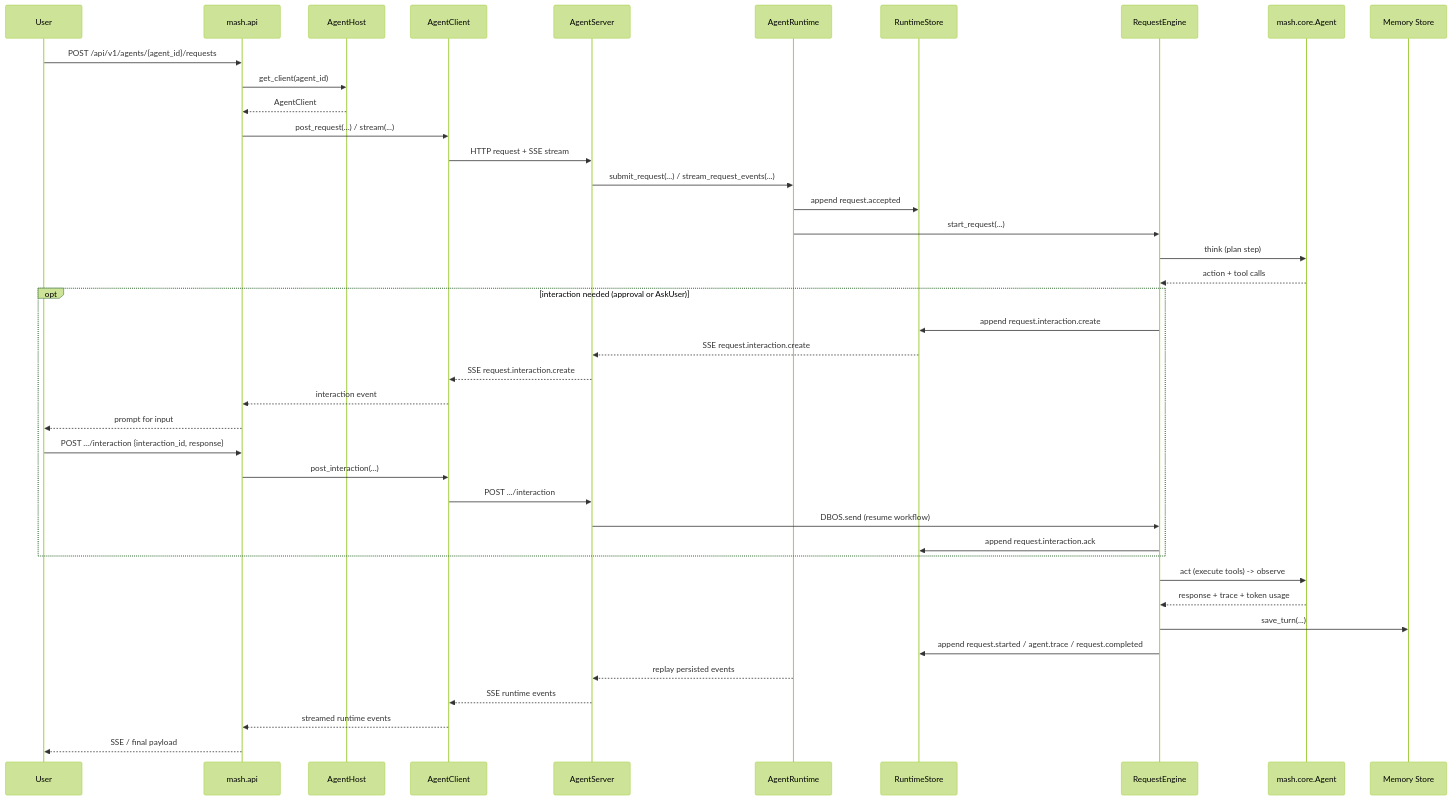
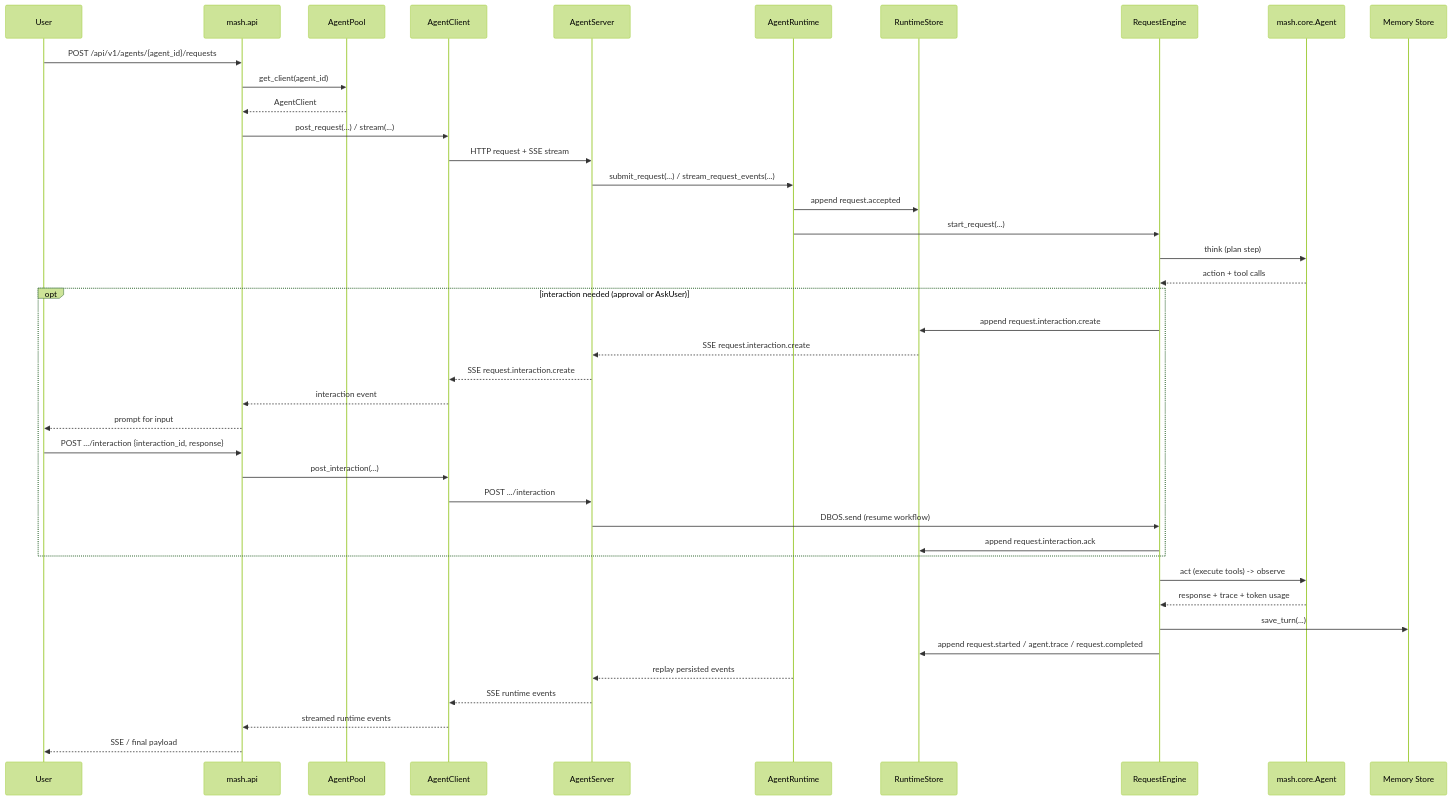
Before and after one commit to imsid/mashpy: the diagram in CONTRIBUTING.md, drawn with Mermaid (forest theme). The commit also changed 70 other files, not shown here.

````diff
--- a/CONTRIBUTING.md
+++ b/CONTRIBUTING.md
@@ -73,46 +73,46 @@
 ```mermaid
 sequenceDiagram
     participant User
     participant API as mash.api
-    participant Host as AgentHost
+    participant Pool as AgentPool
     participant Client as AgentClient
     participant Server as AgentServer
     participant Runtime as AgentRuntime
     participant Events as RuntimeStore
     participant Engine as RequestEngine
     participant Agent as mash.core.Agent
     participant Memory as Memory Store
 
     User->>API: POST /api/v1/agents/{agent_id}/requests
-    API->>Host: get_client(agent_id)
-    Host-->>API: AgentClient
+    API->>Pool: get_client(agent_id)
+    Pool-->>API: AgentClient
     API->>Client: post_request(...) / stream(...)
     Client->>Server: HTTP request + SSE stream
     Server->>Runtime: submit_request(...) / stream_request_events(...)
     Runtime->>Events: append request.accepted
     Runtime->>Engine: start_request(...)
     Engine->>Agent: think (plan step)
     Agent-->>Engine: action + tool calls
 
     opt interaction needed (approval or AskUser)
         Engine->>Events: append request.interaction.create
         Events-->>Server: SSE request.interaction.create
         Server-->>Client: SSE request.interaction.create
         Client-->>API: interaction event
         API-->>User: prompt for input
         User->>API: POST .../interaction {interaction_id, response}
         API->>Client: post_interaction(...)
         Client->>Server: POST .../interaction
         Server->>Engine: DBOS.send (resume workflow)
         Engine->>Events: append request.interaction.ack
     end
 
     Engine->>Agent: act (execute tools) -> observe
     Agent-->>Engine: response + trace + token usage
     Engine->>Memory: save_turn(...)
     Engine->>Events: append request.started / agent.trace / request.completed
     Runtime-->>Server: replay persisted events
     Server-->>Client: SSE runtime events
     Client-->>API: streamed runtime events
     API-->>User: SSE / final payload
 ```
````
